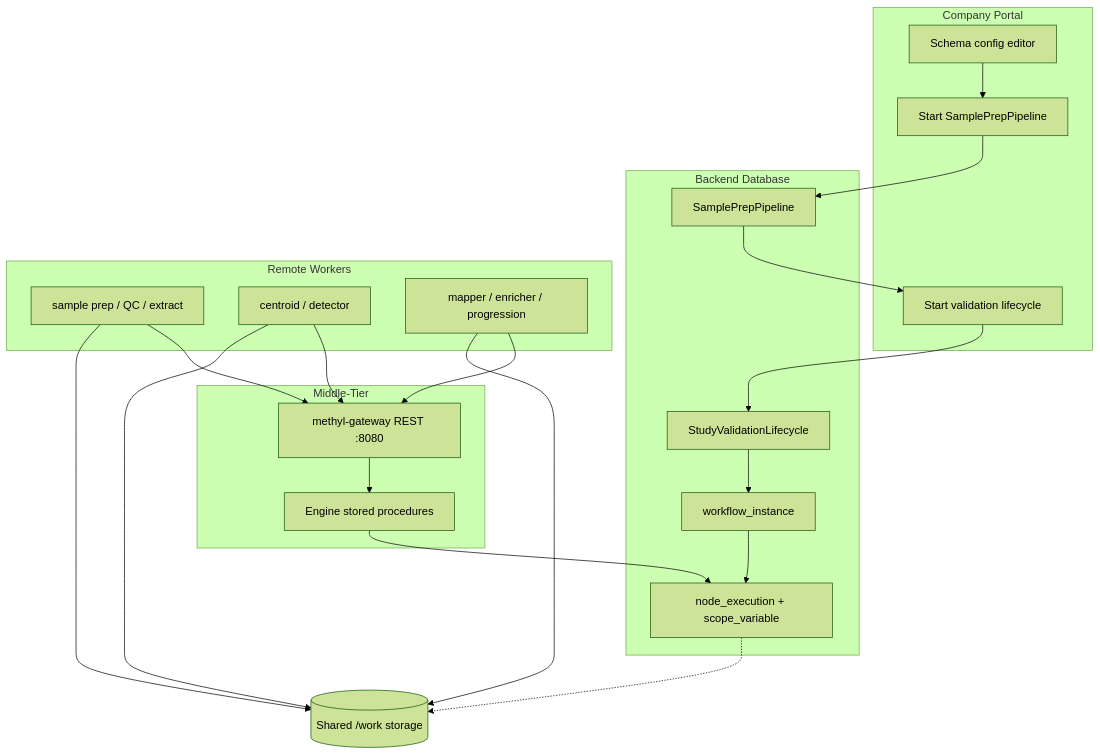
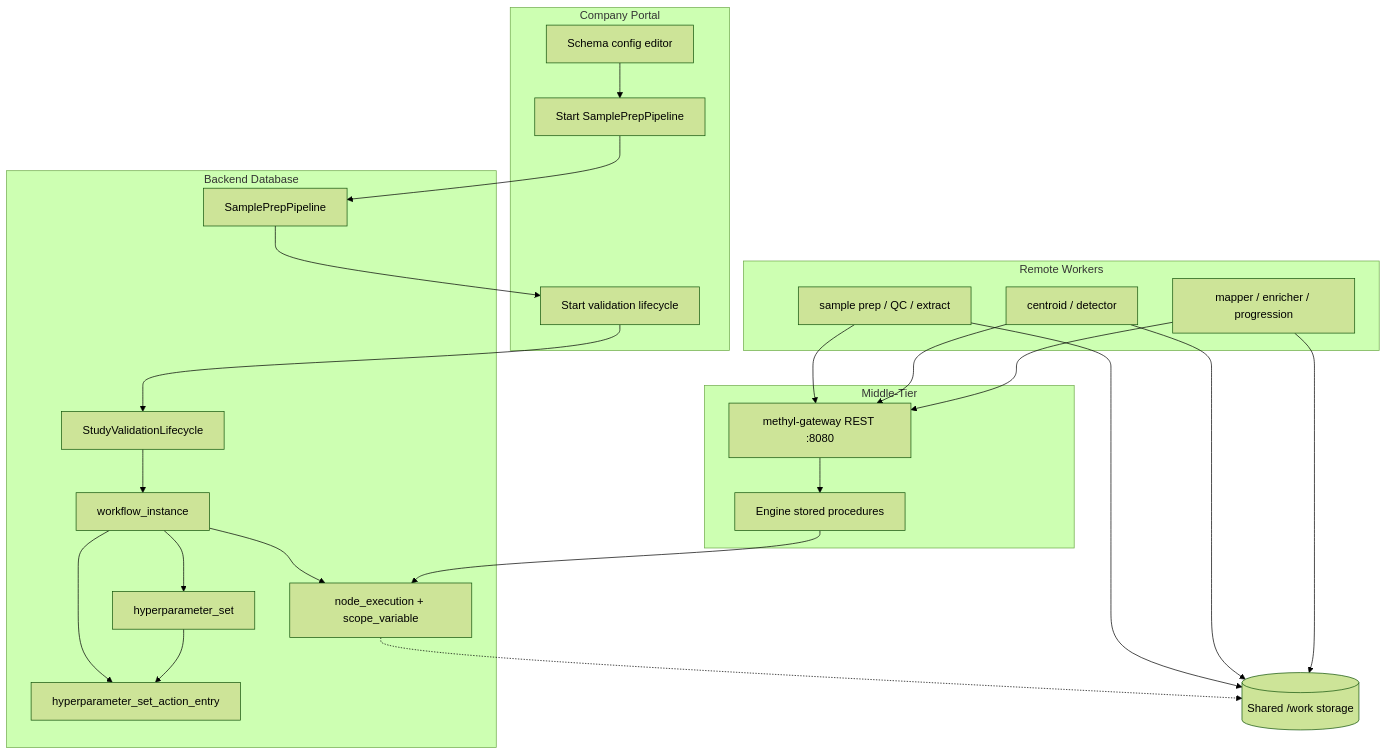
One commit to Goliath-Research/GoliathWorkflow changed the diagram in docs/architecture/distributed-runtime.md. Above: the diagram before and after it, drawn with Mermaid (forest theme). The commit also changed other lines of this file and 9 other files, not shown here.

First line of the commit message:
Enhance documentation and SQL schema for hyperparameter sets and CAAS

````diff
--- a/docs/architecture/distributed-runtime.md
+++ b/docs/architecture/distributed-runtime.md
@@ -5,31 +5,36 @@
 ```mermaid
 flowchart TB
   subgraph portal ["Company Portal"]
     editor["Schema config editor"]
     runPrep["Start SamplePrepPipeline"]
     runDdp["Start validation lifecycle"]
   end
   subgraph database ["Backend Database"]
     wfPrep["SamplePrepPipeline"]
     wfDef["StudyValidationLifecycle"]
     inst["workflow_instance"]
+    hpset["hyperparameter_set"]
+    hpentry["hyperparameter_set_action_entry"]
     nexec["node_execution + scope_variable"]
   end
   subgraph mt ["Middle-Tier"]
     rest["methyl-gateway REST :8080"]
     engine["Engine stored procedures"]
   end
   subgraph workers ["Remote Workers"]
     w0["sample prep / QC / extract"]
     w1["centroid / detector"]
     w3["mapper / enricher / progression"]
   end
   storage[("Shared /work storage")]
 
   editor --> runPrep --> wfPrep
   wfPrep --> runDdp --> wfDef --> inst --> nexec
+  inst --> hpset
+  inst --> hpentry
+  hpset --> hpentry
   rest --> engine --> nexec
   w0 & w1 & w3 --> rest
   w0 & w1 & w3 --> storage
   nexec -.-> storage
 ```
````
